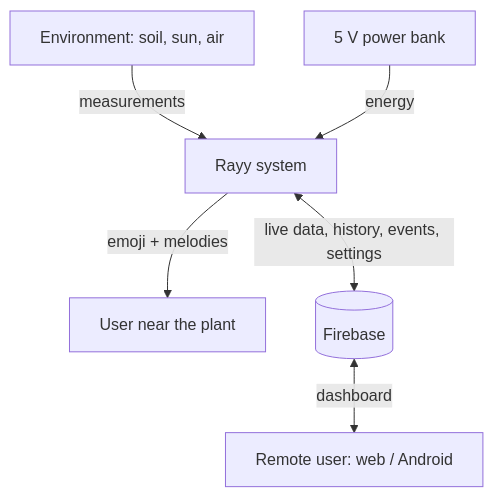
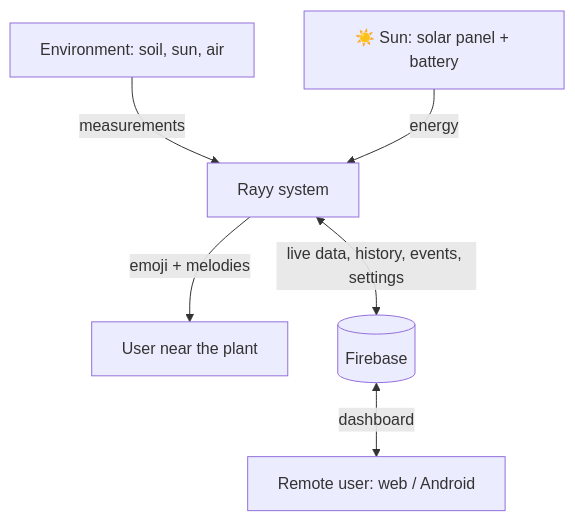
The second of 2 diagrams in rayy/docs/01-requirements.md (HassanDiab95/CLAUDE), drawn with Mermaid before and after one commit. The commit also changed other lines of this file and 50 other files, not shown here.

First line of the commit message:
Add solar power part and prepare for future AI

````diff
--- a/rayy/docs/01-requirements.md
+++ b/rayy/docs/01-requirements.md
@@ -133,8 +142,8 @@
 ```mermaid
 flowchart TB
   ENV[Environment: soil, sun, air] -->|measurements| SYS[Rayy system]
-  PWR[5 V power bank] -->|energy| SYS
+  SUN[☀️ Sun: solar panel + battery] -->|energy| SYS
   SYS -->|emoji + melodies| USER[User near the plant]
   SYS <-->|live data, history, events, settings| CLOUD[(Firebase)]
   CLOUD <-->|dashboard| REMOTE[Remote user: web / Android]
 ```
````
